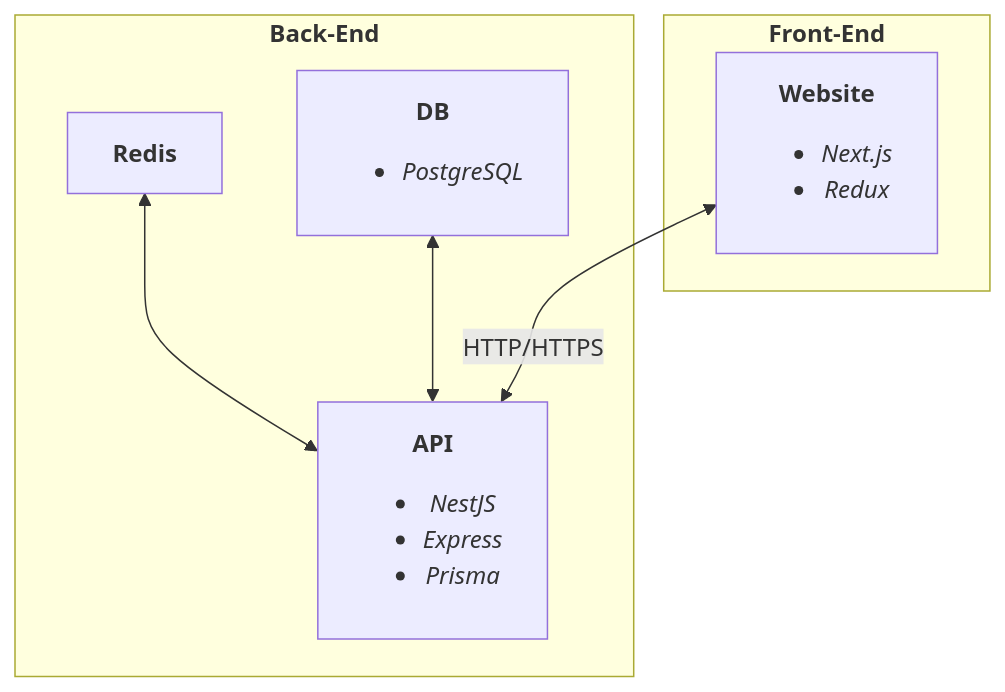
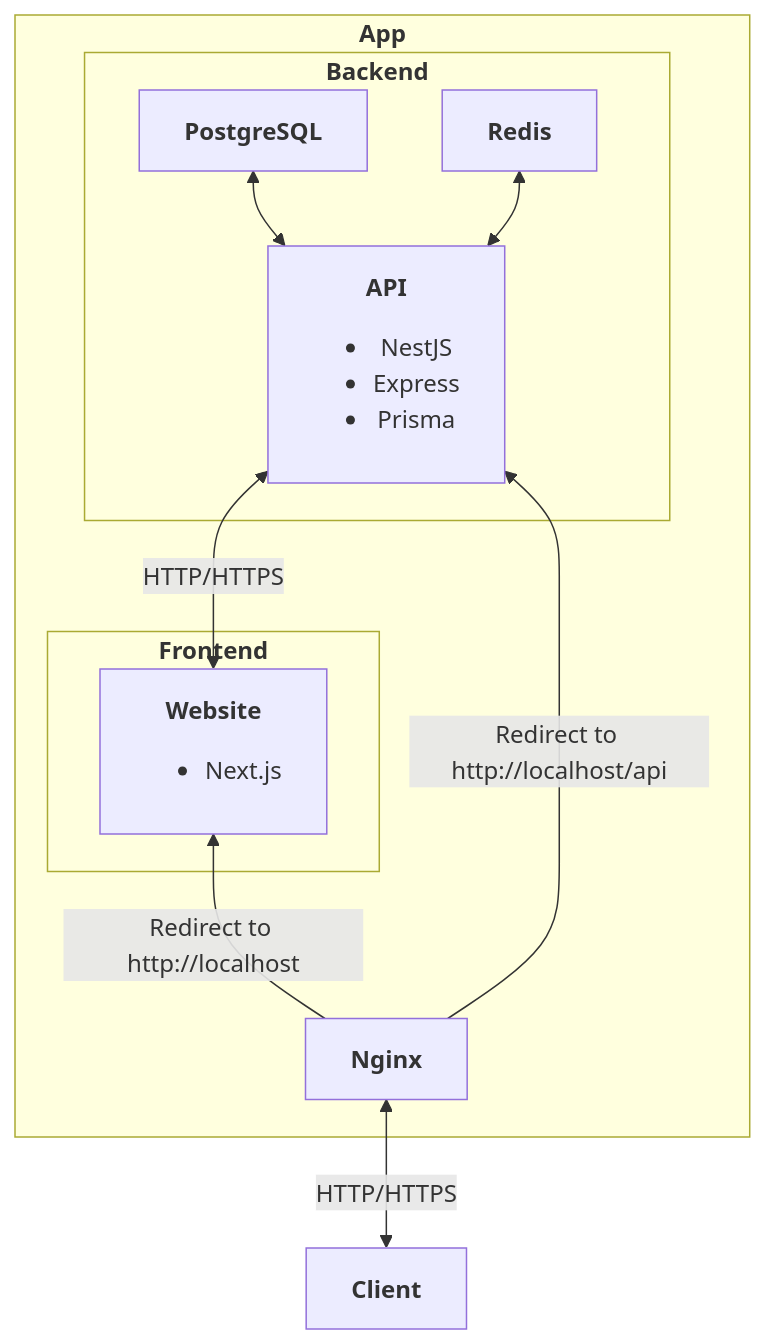
One commit to FiestaTheNewbieDev/share-ur-save changed the diagram in README.md. Above: the diagram before and after it, drawn with Mermaid. The commit also changed other lines of this file, not shown here.

Commit message:
Update Graph

````diff
--- a/README.md
+++ b/README.md
@@ -14,14 +15,24 @@
 ```mermaid
     graph BT
-        subgraph Frond-End[<b>Front-End</b>]
-            Website[<b>Website</b><br /><ul><li><i>Next.js</i></li><li><i>Redux</i></li></ul>]
+        subgraph App[<b>App</b>]
+            subgraph Frontend[<b>Frontend</b>]
+                Website[<b>Website</b><br /><ul><li>Next.js</li></ul>]
+            end
+
+            subgraph Backend[<b>Backend</b>]
+                API[<b>API</b><br /><ul><li>NestJS</li><li>Express</li><li>Prisma</li></ul>]
+                Postgres[<b>PostgreSQL</b>]
+                Redis[<b>Redis</b>]
+                API <--> Postgres
+                API <--> Redis
+            end
+
+            Website <-- HTTP/HTTPS --> API
+            Nginx[<b>Nginx</b>]
+            Nginx -- Redirect to http://localhost/api --> API
+            Nginx -- Redirect to http://localhost --> Website
         end
-        subgraph Back-End[<b>Back-End</b>]
-            API[<b>API</b><br /><ul><li><i>NestJS</i></li><li><i>Express</i></li><li><i>Prisma</i></li></ul>]
-            Redis[<b>Redis</b>]
-            DB[<b>DB</b><br /><ul><li><i>PostgreSQL</i></li></ul>]
-            API <--> Redis
-            API <--> DB
-        end
-    API <-- HTTP/HTTPS --> Website
+
+        Client[<b>Client</b>]
+        Client <-- HTTP/HTTPS --> Nginx
 ```
````
